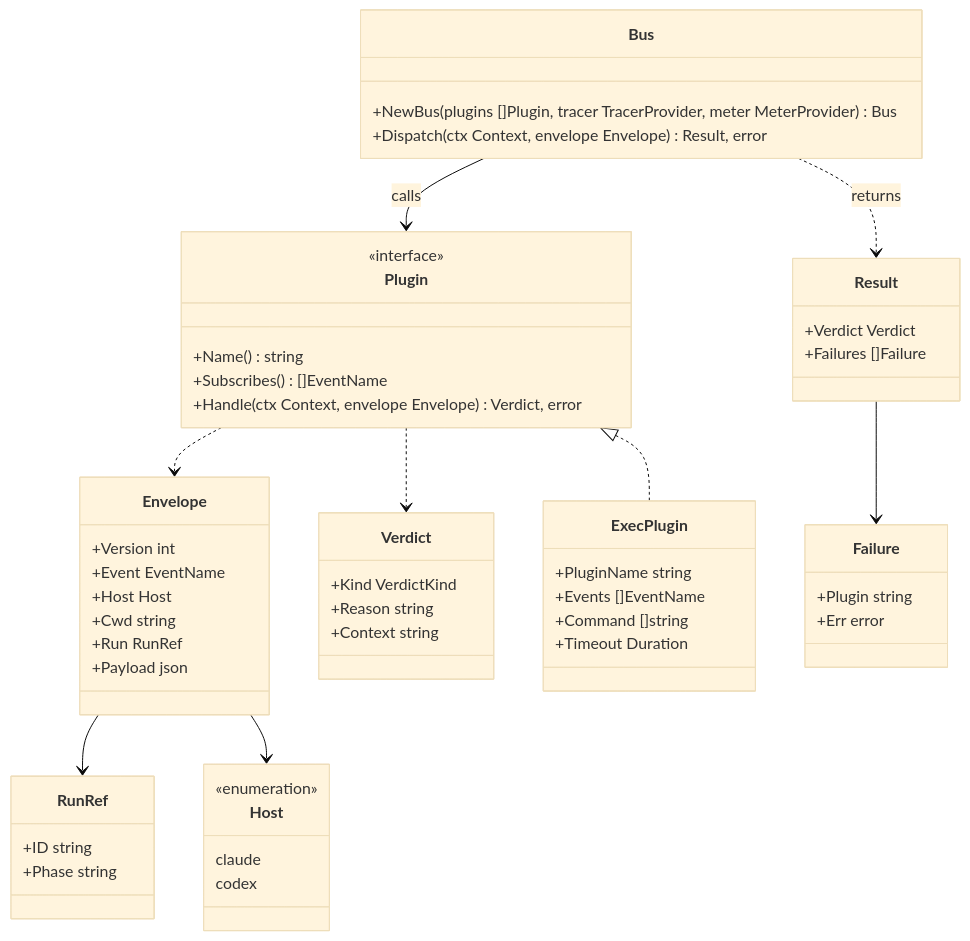
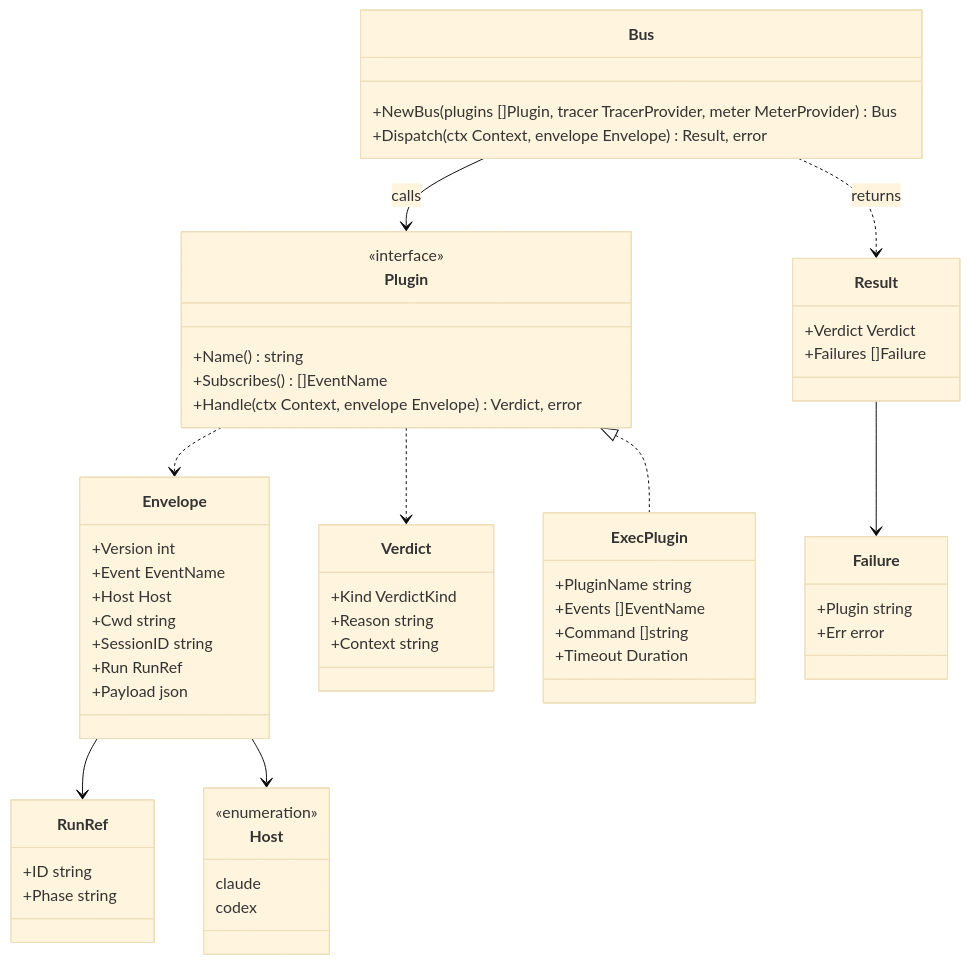
One commit to 90p-labs/harness changed the third of 6 diagrams in DESIGN.md. Above: the diagram before and after it, drawn with Mermaid (base theme). The commit also changed other lines of this file, not shown here.

````diff
--- a/DESIGN.md
+++ b/DESIGN.md
@@ -312,57 +314,58 @@
 ```mermaid
 classDiagram
     class Plugin {
         <<interface>>
         +Name() string
         +Subscribes() []EventName
         +Handle(ctx Context, envelope Envelope) Verdict, error
     }
     class Envelope {
         +Version int
         +Event EventName
         +Host Host
         +Cwd string
+        +SessionID string
         +Run RunRef
         +Payload json
     }
     class RunRef {
         +ID string
         +Phase string
     }
     class Host {
         <<enumeration>>
         claude
         codex
     }
     class Verdict {
         +Kind VerdictKind
         +Reason string
         +Context string
     }
     class ExecPlugin {
         +PluginName string
         +Events []EventName
         +Command []string
         +Timeout Duration
     }
     class Bus {
         +NewBus(plugins []Plugin, tracer TracerProvider, meter MeterProvider) Bus
         +Dispatch(ctx Context, envelope Envelope) Result, error
     }
     class Result {
         +Verdict Verdict
         +Failures []Failure
     }
     class Failure {
         +Plugin string
         +Err error
     }
     Plugin <|.. ExecPlugin
     Bus --> Plugin : calls
     Bus ..> Result : returns
     Result --> Failure
     Plugin ..> Envelope
     Plugin ..> Verdict
     Envelope --> RunRef
     Envelope --> Host
 ```
````
